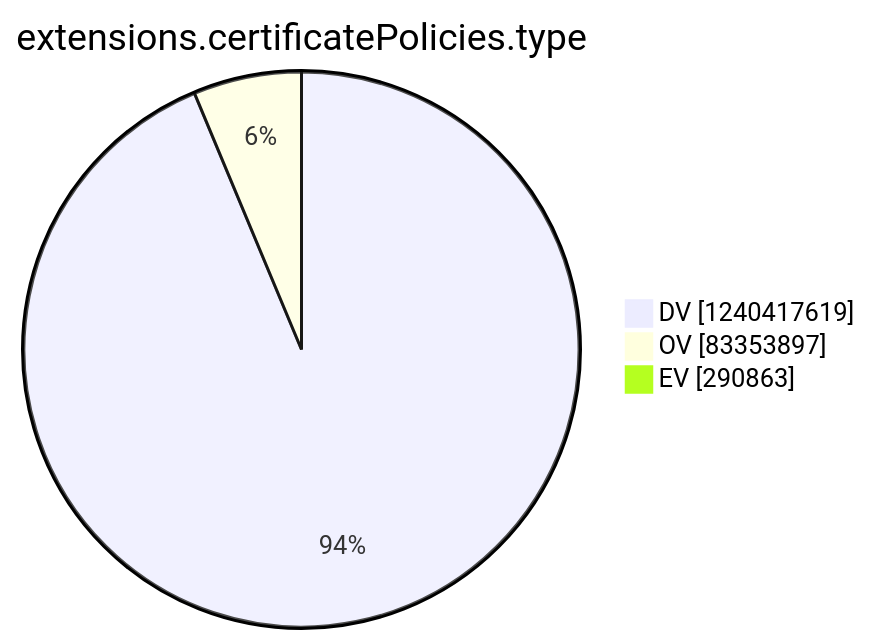
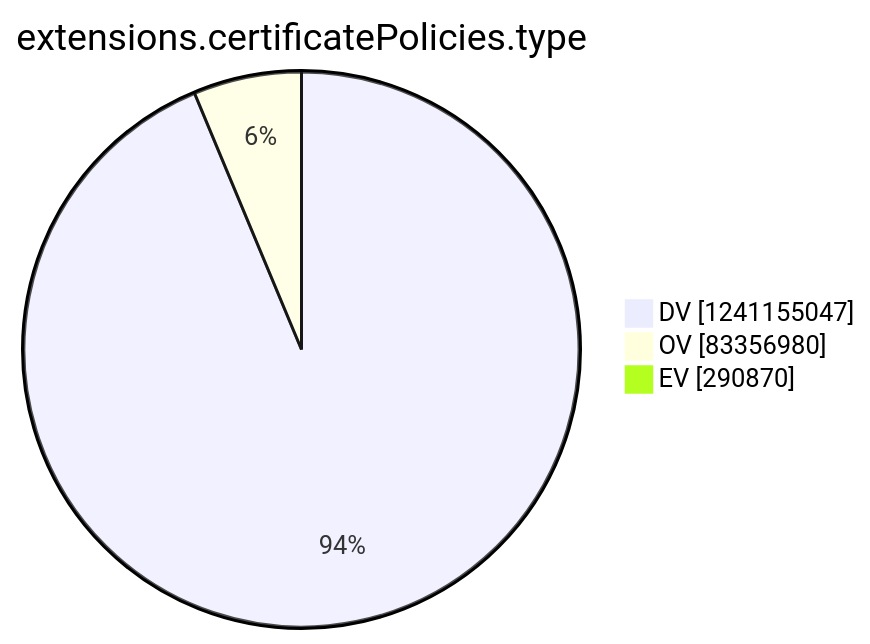
One commit to christiankrug/ctmonitor_visualization changed the tenth of 15 diagrams in argon2022/README.md. Above: the diagram before and after it, drawn with Mermaid. The commit also changed other lines of this file, not shown here.

````diff
--- a/argon2022/README.md
+++ b/argon2022/README.md
@@ -2771,7 +2771,7 @@
 ```mermaid
 pie showData
 title extensions.certificatePolicies.type
-"DV" :1240417619
-"OV" :83353897
-"EV" :290863
+"DV" :1241155047
+"OV" :83356980
+"EV" :290870
 ```
````
